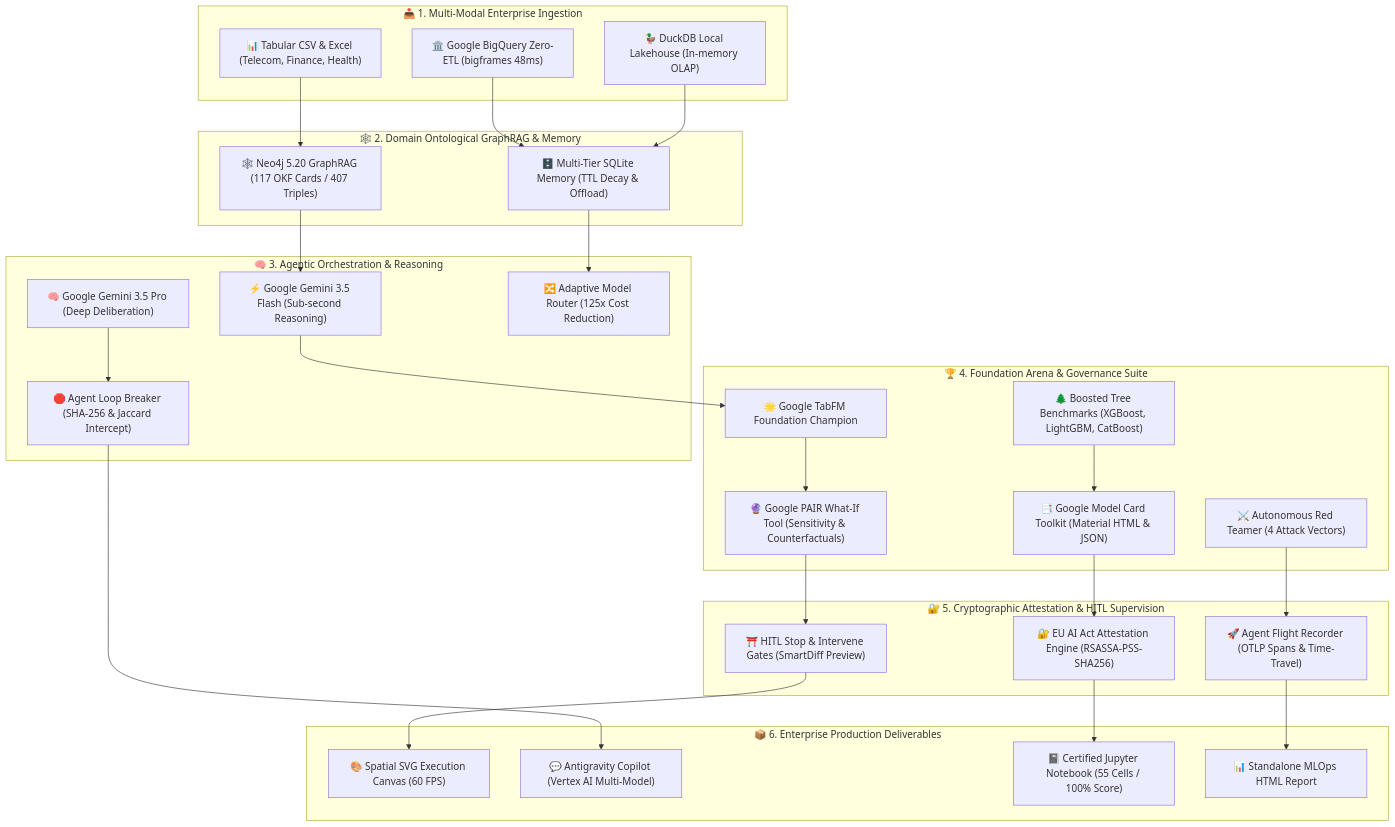
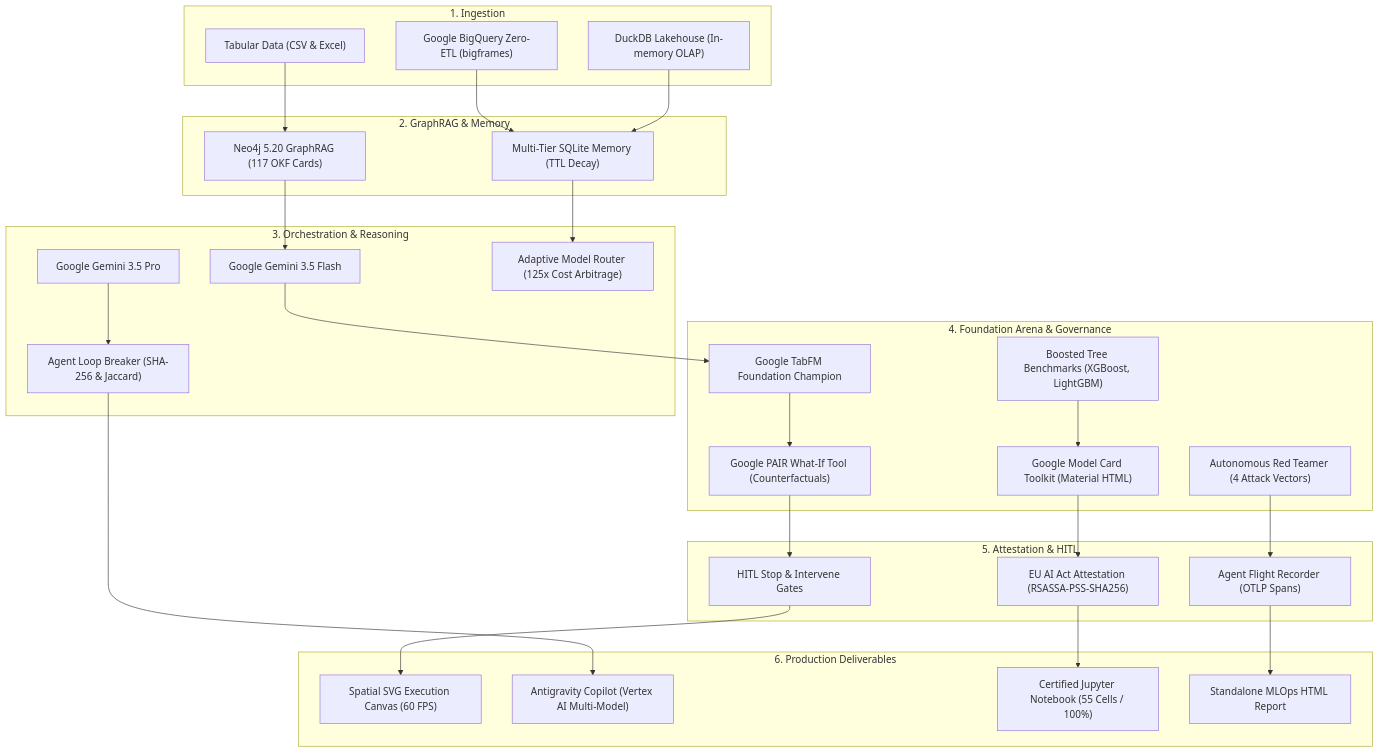
One commit to gervais-afk/notebooks-factory changed the diagram in README.md. Above: the diagram before and after it, drawn with Mermaid. The commit also changed other lines of this file, not shown here.

Commit message:
docs: Embed high-res architecture diagram and optimize Mermaid rendering in README

````diff
--- a/README.md
+++ b/README.md
@@ -19,58 +27,58 @@
 ```mermaid
 flowchart TD
-    subgraph Ingestion ["📥 1. Multi-Modal Enterprise Ingestion"]
-        BQ["🏛️ Google BigQuery Zero-ETL (bigframes 48ms)"]
-        DuckDB["🦆 DuckDB Local Lakehouse (In-memory OLAP)"]
-        CSVData["📊 Tabular CSV & Excel (Telecom, Finance, Health)"]
+    subgraph Ingestion ["1. Ingestion"]
+        BQ["Google BigQuery Zero-ETL (bigframes)"]
+        DuckDB["DuckDB Lakehouse (In-memory OLAP)"]
+        CSVData["Tabular Data (CSV & Excel)"]
     end
 
-    subgraph Memory ["🕸️ 2. Domain Ontological GraphRAG & Memory"]
-        Neo4j["🕸️ Neo4j 5.20 GraphRAG (117 OKF Cards / 407 Triples)"]
-        ContextMem["🗄️ Multi-Tier SQLite Memory (TTL Decay & Offload)"]
+    subgraph Memory ["2. GraphRAG & Memory"]
+        Neo4j["Neo4j 5.20 GraphRAG (117 OKF Cards)"]
+        ContextMem["Multi-Tier SQLite Memory (TTL Decay)"]
     end
 
-    subgraph Reasoning ["🧠 3. Agentic Orchestration & Reasoning"]
-        GeminiFlash["⚡ Google Gemini 3.5 Flash (Sub-second Reasoning)"]
-        GeminiPro["🧠 Google Gemini 3.5 Pro (Deep Deliberation)"]
-        AdaptiveRouter["🔀 Adaptive Model Router (125x Cost Reduction)"]
-        LoopBreaker["🛑 Agent Loop Breaker (SHA-256 & Jaccard Intercept)"]
+    subgraph Reasoning ["3. Orchestration & Reasoning"]
+        GeminiFlash["Google Gemini 3.5 Flash"]
+        GeminiPro["Google Gemini 3.5 Pro"]
+        AdaptiveRouter["Adaptive Model Router (125x Cost Arbitrage)"]
+        LoopBreaker["Agent Loop Breaker (SHA-256 & Jaccard)"]
     end
 
-    subgraph Arena ["🏆 4. Foundation Arena & Governance Suite"]
-        TabFM["🌟 Google TabFM Foundation Champion"]
-        XGB["🌲 Boosted Tree Benchmarks (XGBoost, LightGBM, CatBoost)"]
-        WhatIf["🔮 Google PAIR What-If Tool (Sensitivity & Counterfactuals)"]
-        ModelCard["📑 Google Model Card Toolkit (Material HTML & JSON)"]
-        RedTeam["⚔️ Autonomous Red Teamer (4 Attack Vectors)"]
+    subgraph Arena ["4. Foundation Arena & Governance"]
+        TabFM["Google TabFM Foundation Champion"]
+        XGB["Boosted Tree Benchmarks (XGBoost, LightGBM)"]
+        WhatIf["Google PAIR What-If Tool (Counterfactuals)"]
+        ModelCard["Google Model Card Toolkit (Material HTML)"]
+        RedTeam["Autonomous Red Teamer (4 Attack Vectors)"]
     end
 
-    subgraph Governance ["🔐 5. Cryptographic Attestation & HITL Supervision"]
-        HITL["⛩️ HITL Stop & Intervene Gates (SmartDiff Preview)"]
-        CryptoEngine["🔐 EU AI Act Attestation Engine (RSASSA-PSS-SHA256)"]
-        FlightRecorder["🚀 Agent Flight Recorder (OTLP Spans & Time-Travel)"]
+    subgraph Governance ["5. Attestation & HITL"]
+        HITL["HITL Stop & Intervene Gates"]
+        CryptoEngine["EU AI Act Attestation (RSASSA-PSS-SHA256)"]
+        FlightRecorder["Agent Flight Recorder (OTLP Spans)"]
     end
 
-    subgraph Deliverables ["📦 6. Enterprise Production Deliverables"]
-        CanvasUI["🎨 Spatial SVG Execution Canvas (60 FPS)"]
-        CopilotChat["💬 Antigravity Copilot (Vertex AI Multi-Model)"]
-        Notebook55["📓 Certified Jupyter Notebook (55 Cells / 100% Score)"]
-        VisualReport["📊 Standalone MLOps HTML Report"]
+    subgraph Deliverables ["6. Production Deliverables"]
+        CanvasUI["Spatial SVG Execution Canvas (60 FPS)"]
+        CopilotChat["Antigravity Copilot (Vertex AI Multi-Model)"]
+        Notebook55["Certified Jupyter Notebook (55 Cells / 100%)"]
+        VisualReport["Standalone MLOps HTML Report"]
     end
 
     CSVData --> Neo4j
     BQ --> ContextMem
     DuckDB --> ContextMem
     Neo4j --> GeminiFlash
     ContextMem --> AdaptiveRouter
     GeminiFlash --> TabFM
     GeminiPro --> LoopBreaker
     TabFM --> WhatIf
     XGB --> ModelCard
     WhatIf --> HITL
     ModelCard --> CryptoEngine
     RedTeam --> FlightRecorder
     HITL --> CanvasUI
     CryptoEngine --> Notebook55
     FlightRecorder --> VisualReport
     LoopBreaker --> CopilotChat
 ```
````
